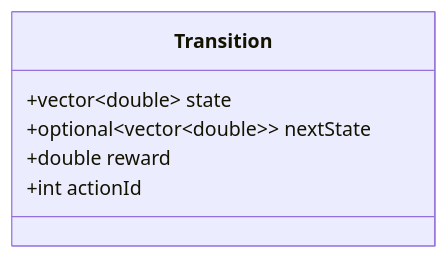
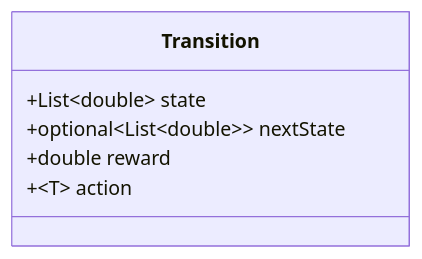
The second of 2 diagrams in README.md (alejandrofsevilla/neural-network-notes), drawn with Mermaid before and after one commit. The commit also changed other lines of this file, not shown here.

````diff
--- a/README.md
+++ b/README.md
@@ -357,8 +357,8 @@
 ```mermaid
 classDiagram
 class Transition
-Transition: +vector~double~ state
-Transition: +optional~vector~double~~ nextState
+Transition: +List~double~ state
+Transition: +optional~List~double~~ nextState
 Transition: +double reward
-Transition: +int actionId
+Transition: +~T~ action
 ```
````
